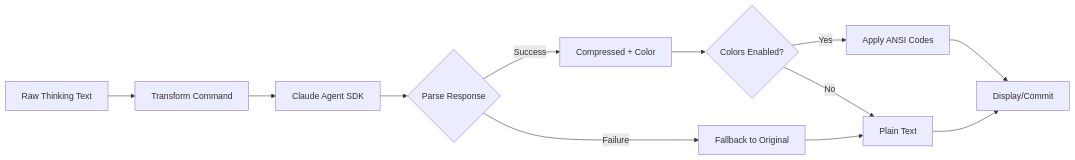
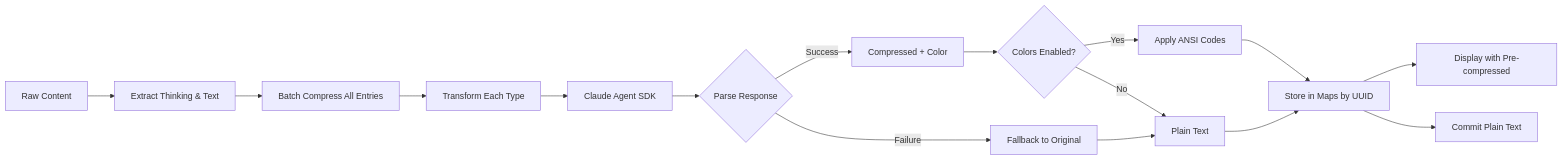
One commit to normalnormie/ccthink changed the fourth of 4 diagrams in src/ARCHITECTURE.md. Above: the diagram before and after it, drawn with Mermaid. The commit also changed other lines of this file and 1 other file, not shown here.

First line of the commit message:
docs: update documentation for dual content type support

````diff
--- a/src/ARCHITECTURE.md
+++ b/src/ARCHITECTURE.md
@@ -224,14 +233,18 @@
 ```mermaid
 graph LR
-    A[Raw Thinking Text] --> B[Transform Command]
-    B --> C[Claude Agent SDK]
-    C --> D{Parse Response}
-    D -->|Success| E[Compressed + Color]
-    D -->|Failure| F[Fallback to Original]
-    E --> G{Colors Enabled?}
-    G -->|Yes| H[Apply ANSI Codes]
-    G -->|No| I[Plain Text]
-    F --> I
-    H --> J[Display/Commit]
-    I --> J
+    A[Raw Content] --> B[Extract Thinking & Text]
+    B --> C[Batch Compress All Entries]
+    C --> D[Transform Each Type]
+    D --> E[Claude Agent SDK]
+    E --> F{Parse Response}
+    F -->|Success| G[Compressed + Color]
+    F -->|Failure| H[Fallback to Original]
+    G --> I{Colors Enabled?}
+    I -->|Yes| J[Apply ANSI Codes]
+    I -->|No| K[Plain Text]
+    H --> K
+    J --> L[Store in Maps by UUID]
+    K --> L
+    L --> M[Display with Pre-compressed]
+    L --> N[Commit Plain Text]
 ```
````
